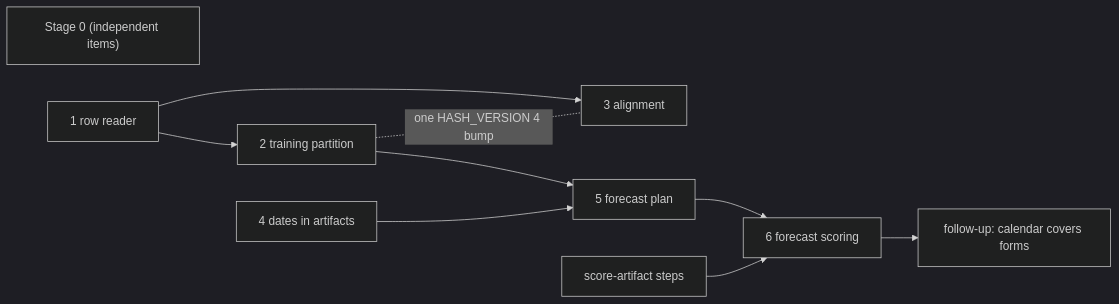
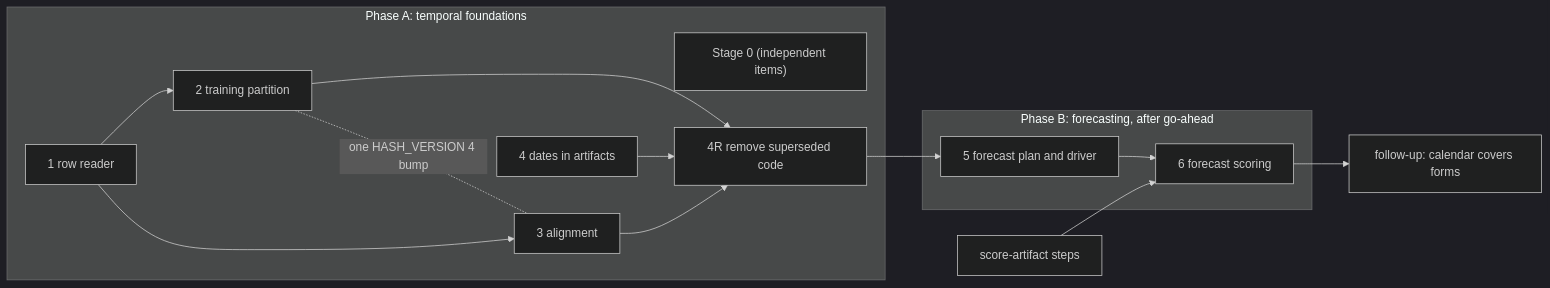
Before and after one commit to vsbuffalo/camdl: the diagram in docs/dev/proposals/2026-11-15-temporal-architecture-migration.md, drawn with Mermaid (dark theme). The commit also changed other lines of this file and 1 other file, not shown here.

````diff
--- a/docs/dev/proposals/2026-11-15-temporal-architecture-migration.md
+++ b/docs/dev/proposals/2026-11-15-temporal-architecture-migration.md
@@ -563,12 +678,19 @@
 ```mermaid
 graph LR
-  S0["Stage 0 (independent items)"]
-  S1["1 row reader"] --> S2["2 training partition"]
-  S1 --> S3["3 alignment"]
-  S2 --> S5["5 forecast plan"]
-  S4["4 dates in artifacts"] --> S5
-  S5 --> S6["6 forecast scoring"]
+  subgraph PhaseA["Phase A: temporal foundations"]
+    S0["Stage 0 (independent items)"]
+    S1["1 row reader"] --> S2["2 training partition"]
+    S1 --> S3["3 alignment"]
+    S4["4 dates in artifacts"]
+    S2 --> S4R["4R remove superseded code"]
+    S3 --> S4R
+    S4 --> S4R
+    S2 -. "one HASH_VERSION 4 bump" .- S3
+  end
+  subgraph PhaseB["Phase B: forecasting, after go-ahead"]
+    S5["5 forecast plan and driver"] --> S6["6 forecast scoring"]
+  end
+  S4R --> S5
   SA["score-artifact steps"] --> S6
-  S2 -. "one HASH_VERSION 4 bump" .- S3
   S6 --> FU["follow-up: calendar covers forms"]
 ```
````
